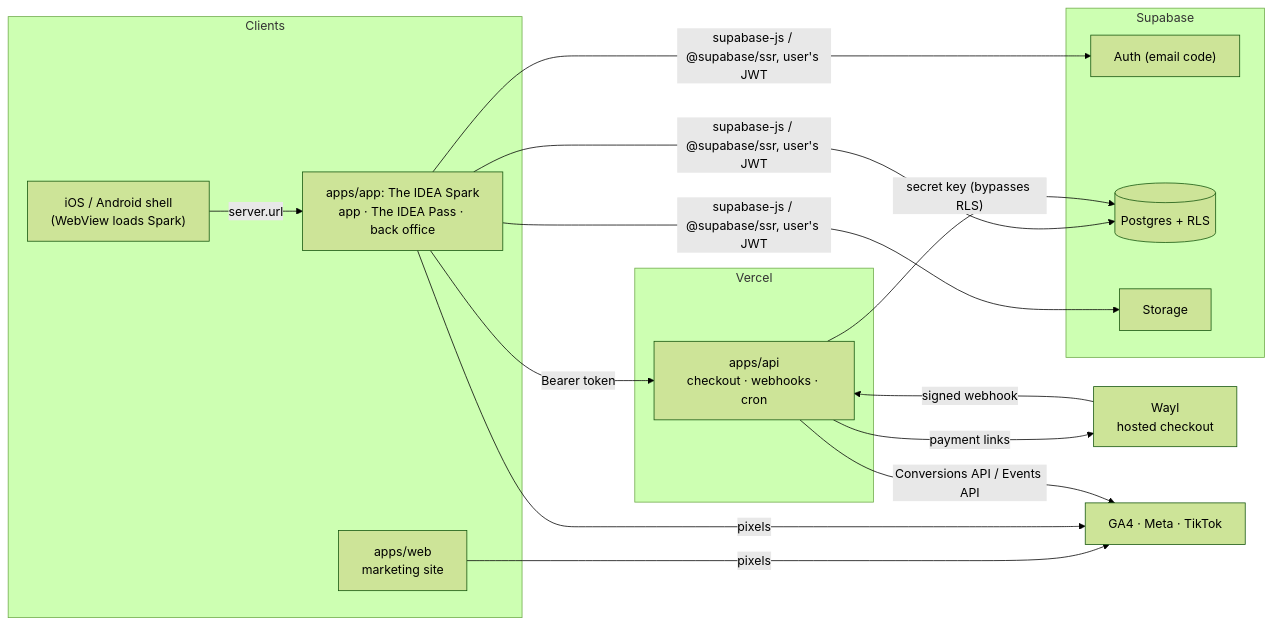
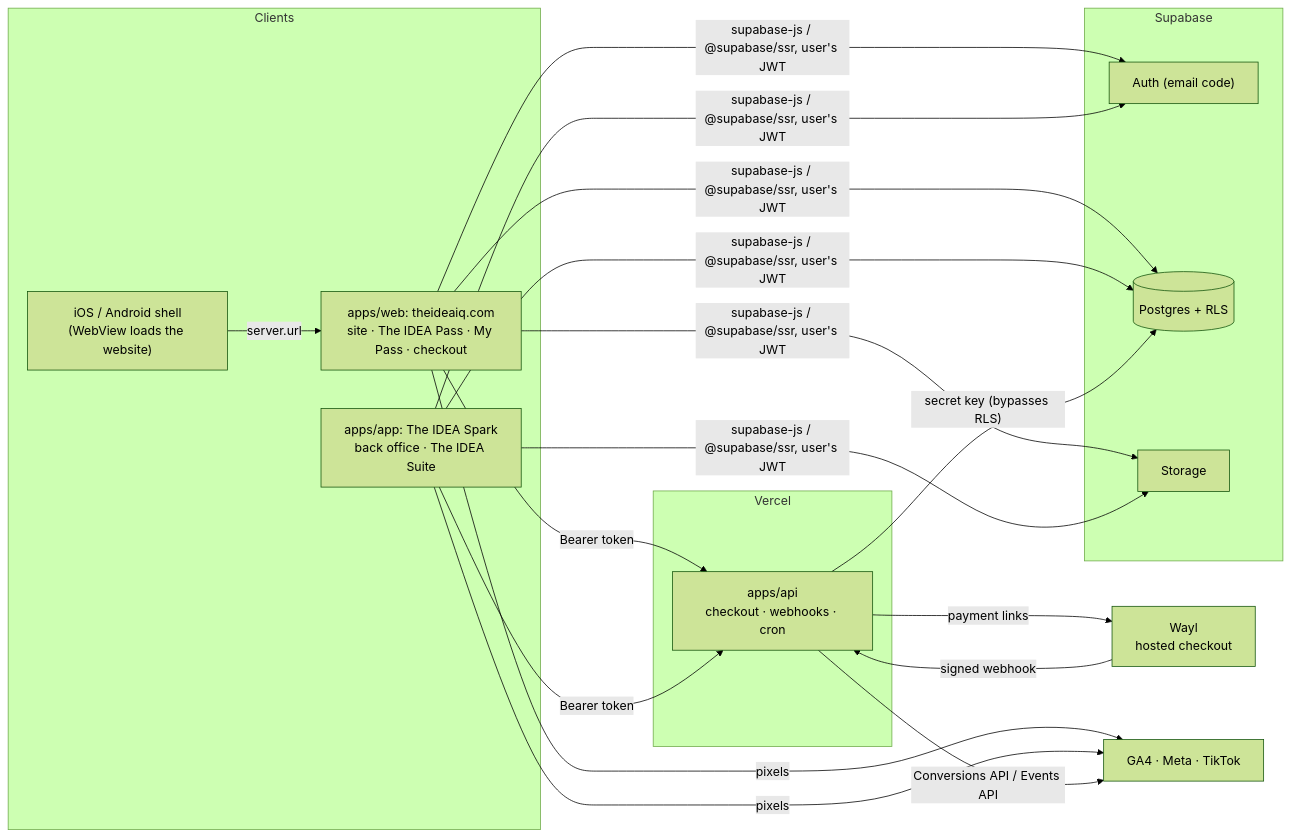
One commit to theideaiq/monorepo changed the first of 2 diagrams in ARCHITECTURE_AND_INTEGRATIONS.md. Above: the diagram before and after it, drawn with Mermaid (forest theme). The commit also changed other lines of this file and 279 other files, not shown here.

First line of the commit message:
Move every customer feature to the website; Spark is for staff and businesses

````diff
--- a/ARCHITECTURE_AND_INTEGRATIONS.md
+++ b/ARCHITECTURE_AND_INTEGRATIONS.md
@@ -24,27 +24,27 @@
 ```mermaid
 flowchart LR
   subgraph Clients
-    W["apps/web<br/>marketing site"]
-    A["apps/app: The IDEA Spark<br/>app · The IDEA Pass · back office"]
-    N["iOS / Android shell<br/>(WebView loads Spark)"]
+    W["apps/web: theideaiq.com<br/>site · The IDEA Pass · My Pass · checkout"]
+    A["apps/app: The IDEA Spark<br/>back office · The IDEA Suite"]
+    N["iOS / Android shell<br/>(WebView loads the website)"]
   end
   subgraph Server["Vercel"]
     API["apps/api<br/>checkout · webhooks · cron"]
   end
   subgraph Supabase
     AUTH["Auth (email code)"]
     DB[("Postgres + RLS")]
     ST["Storage"]
   end
   WAYL["Wayl<br/>hosted checkout"]
   ADS["GA4 · Meta · TikTok"]
 
-  N -- "server.url" --> A
-  A -- "supabase-js / @supabase/ssr, user's JWT" --> AUTH & DB & ST
-  A -- "Bearer token" --> API
+  N -- "server.url" --> W
+  W & A -- "supabase-js / @supabase/ssr, user's JWT" --> AUTH & DB & ST
+  W & A -- "Bearer token" --> API
   API -- "secret key (bypasses RLS)" --> DB
   API -- "payment links" --> WAYL
   WAYL -- "signed webhook" --> API
   W & A -- "pixels" --> ADS
   API -- "Conversions API / Events API" --> ADS
 ```
````
